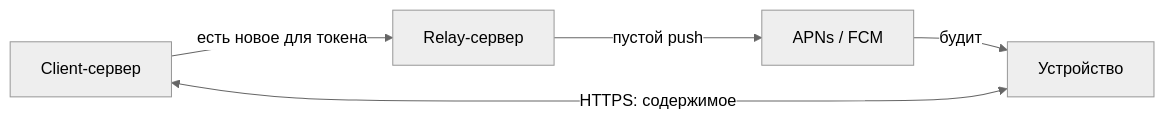
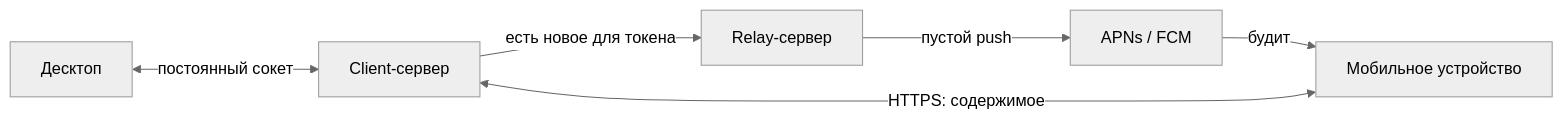
One commit to cyphernet-labs/nox-app changed the first of 2 diagrams in docs/client-backend/preview/notification-delivery/notification-delivery-preview.md. Above: the diagram before and after it, drawn with Mermaid (neutral theme). The commit also changed other lines of this file and 3 other files, not shown here.

````diff
--- a/docs/client-backend/preview/notification-delivery/notification-delivery-preview.md
+++ b/docs/client-backend/preview/notification-delivery/notification-delivery-preview.md
@@ -28,7 +31,8 @@
 ```mermaid
 flowchart LR
   CB["Client-сервер"] -->|"есть новое для токена"| RELAY["Relay-сервер"]
   RELAY -->|"пустой push"| APNS["APNs / FCM"]
-  APNS -->|"будит"| DEV["Устройство"]
+  APNS -->|"будит"| DEV["Мобильное устройство"]
   DEV <-->|"HTTPS: содержимое"| CB
+  DESK["Десктоп"] <-->|"постоянный сокет"| CB
 ```
````
